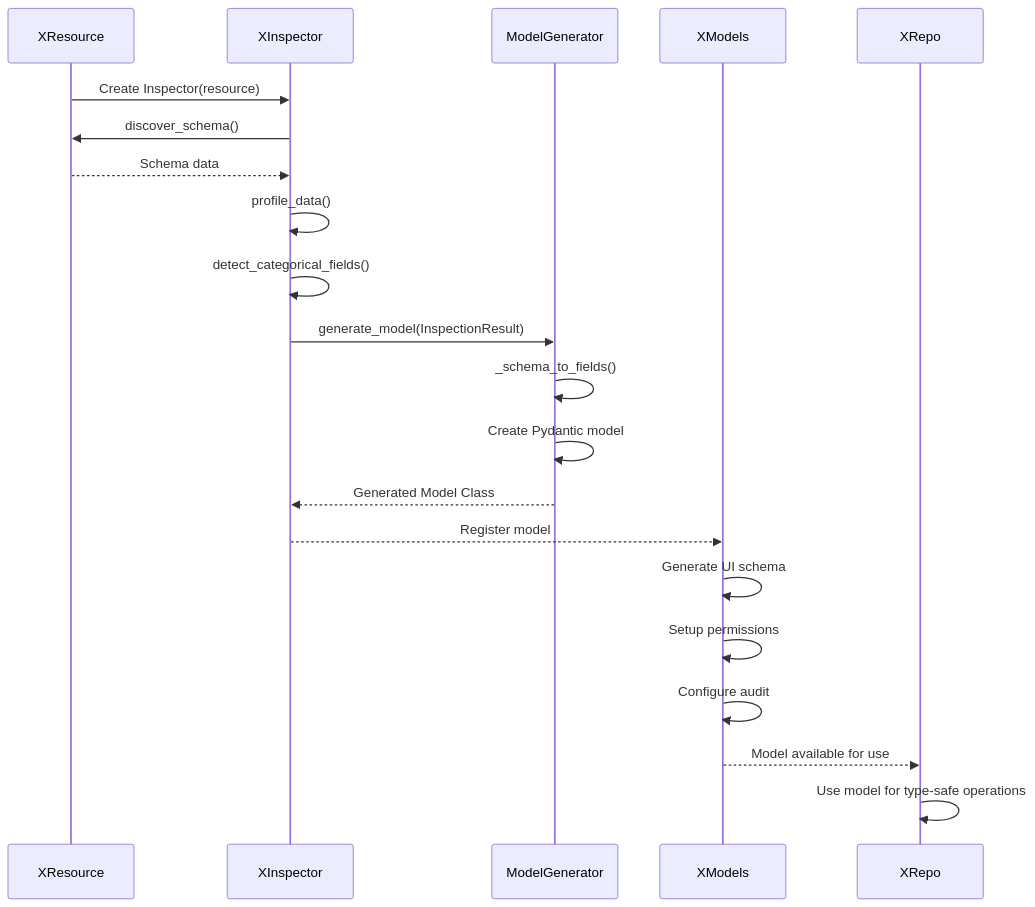
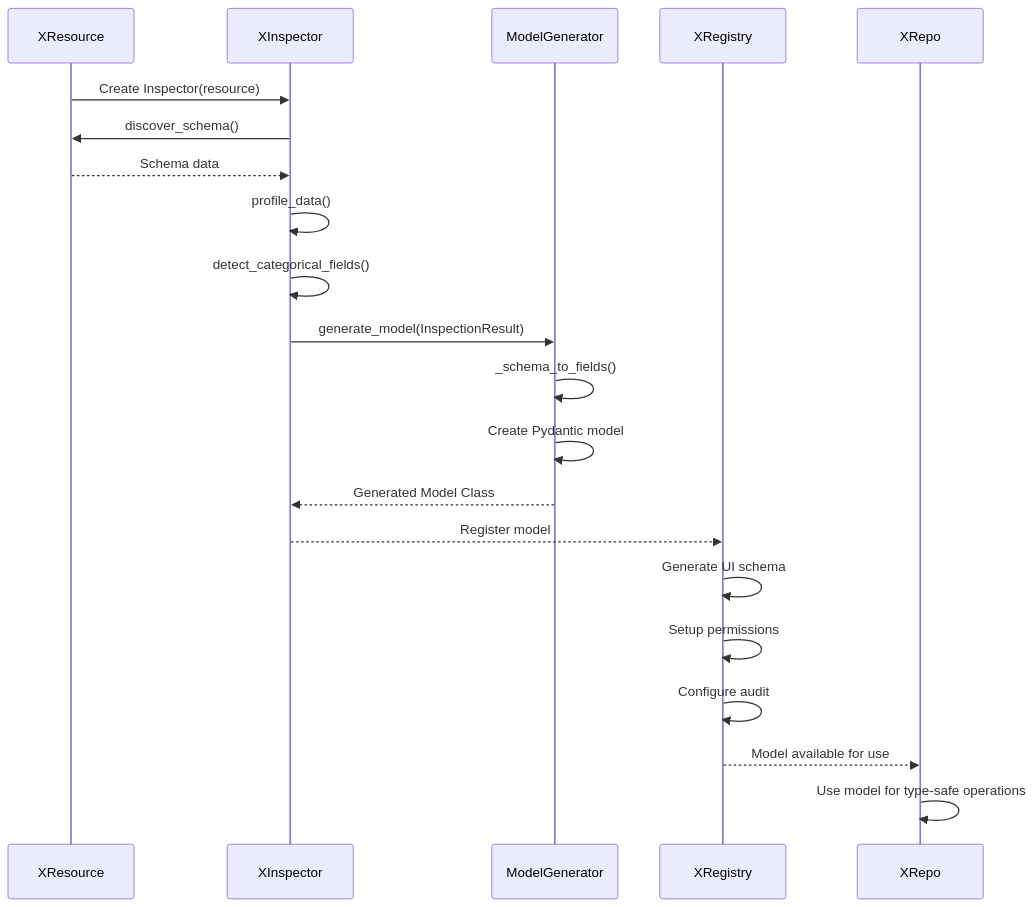
One commit to rpalshetkar/claudify changed the third of 7 diagrams in FEATURES/XARCH.md. Above: the diagram before and after it, drawn with Mermaid. The commit also changed other lines of this file and 1 other file, not shown here.

First line of the commit message:
Update FEATURES/CLAUDE.md and XARCH.md: Replace XModels with XRegistry

````diff
--- a/FEATURES/XARCH.md
+++ b/FEATURES/XARCH.md
@@ -230,27 +230,27 @@
 ```mermaid
 sequenceDiagram
     participant Resource as XResource
     participant Inspector as XInspector
     participant ModelGen as ModelGenerator
-    participant Registry as XModels
+    participant Registry as XRegistry
     participant Repo as XRepo
 
     Resource->>Inspector: Create Inspector(resource)
     Inspector->>Resource: discover_schema()
     Resource-->>Inspector: Schema data
     Inspector->>Inspector: profile_data()
     Inspector->>Inspector: detect_categorical_fields()
     
     Inspector->>ModelGen: generate_model(InspectionResult)
     ModelGen->>ModelGen: _schema_to_fields()
     ModelGen->>ModelGen: Create Pydantic model
     ModelGen-->>Inspector: Generated Model Class
     
     Inspector-->>Registry: Register model
     Registry->>Registry: Generate UI schema
     Registry->>Registry: Setup permissions
     Registry->>Registry: Configure audit
     
     Registry-->>Repo: Model available for use
     Repo->>Repo: Use model for type-safe operations
 ```
````
